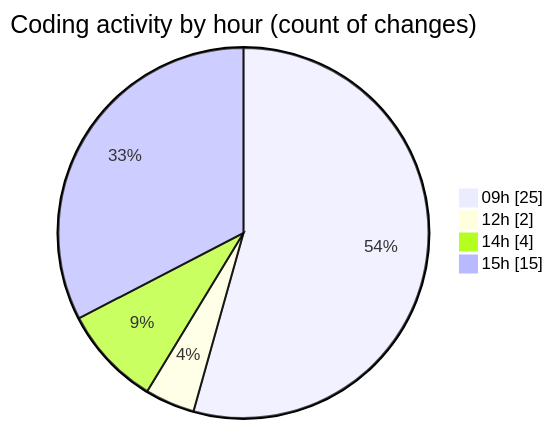
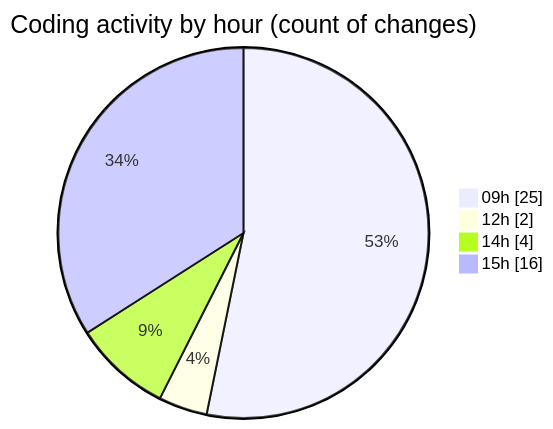
Before and after one commit to julien-gomy/code-tracking: the second of 2 diagrams in 2025-11-12/eventscop-frontend-guide__workspace_/README.md, drawn with Mermaid. The commit also changed other lines of this file and 1 other file, not shown here.

````diff
--- a/2025-11-12/eventscop-frontend-guide__workspace_/README.md
+++ b/2025-11-12/eventscop-frontend-guide__workspace_/README.md
@@ -37,8 +37,8 @@
 ```mermaid
 pie showData
 title Coding activity by hour (count of changes)
 "09h" : 25
 "12h" : 2
 "14h" : 4
-"15h" : 15
+"15h" : 16
 ```
````
